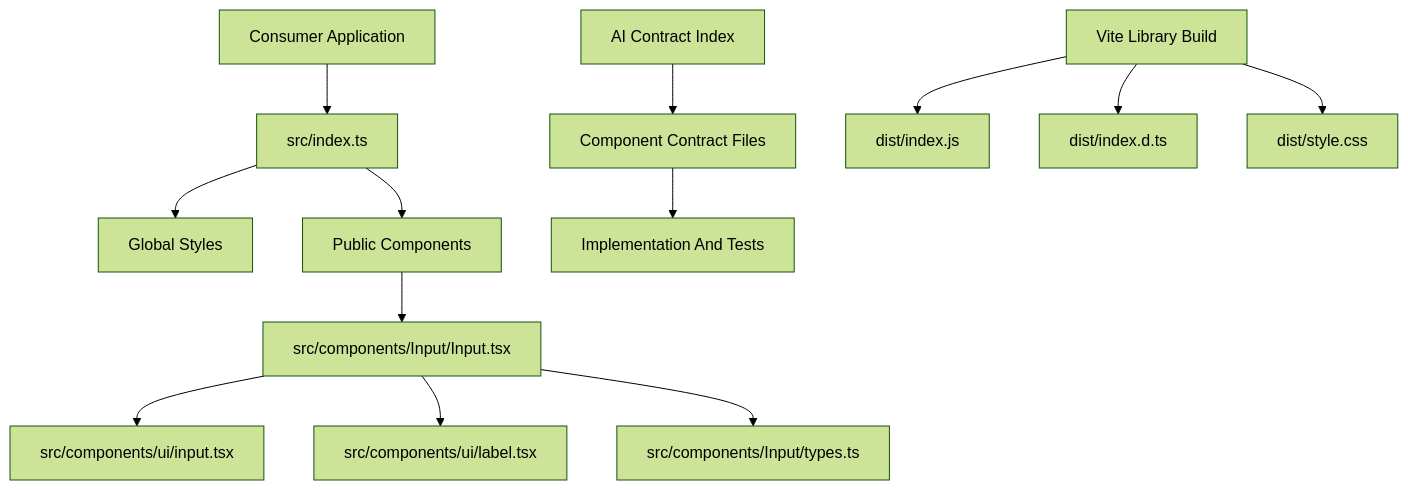
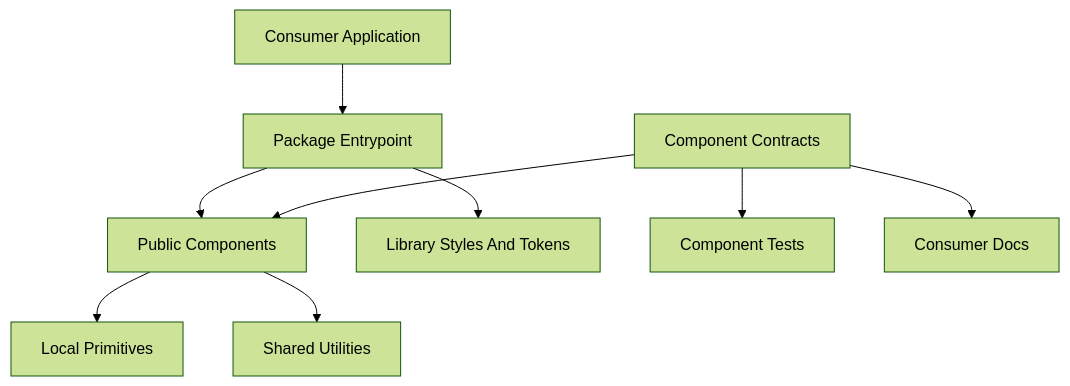
Before and after one commit to RapidSet/RapidKit: the diagram in docs/ARCHITECTURE.md, drawn with Mermaid (forest theme). The commit also changed other lines of this file, not shown here.

Commit message:
refactor: update architecture document for clarity and structure

````diff
--- a/docs/ARCHITECTURE.md
+++ b/docs/ARCHITECTURE.md
@@ -51,17 +17,12 @@
 ```mermaid
 flowchart TD
-  A[Consumer Application] --> B[src/index.ts]
-  B --> C[Global Styles]
-  B --> D[Public Components]
-  D --> E[src/components/Input/Input.tsx]
-  E --> F[src/components/ui/input.tsx]
-  E --> G[src/components/ui/label.tsx]
-  E --> H[src/components/Input/types.ts]
+  A[Consumer Application] --> B[Package Entrypoint]
+  B --> C[Public Components]
+  C --> D[Local Primitives]
+  C --> E[Shared Utilities]
+  B --> F[Library Styles And Tokens]
 
-  I[AI Contract Index] --> J[Component Contract Files]
-  J --> K[Implementation And Tests]
-
-  L[Vite Library Build] --> M[dist/index.js]
-  L --> N[dist/index.d.ts]
-  L --> O[dist/style.css]
+  G[Component Contracts] --> C
+  G --> H[Component Tests]
+  G --> I[Consumer Docs]
 ```
````
